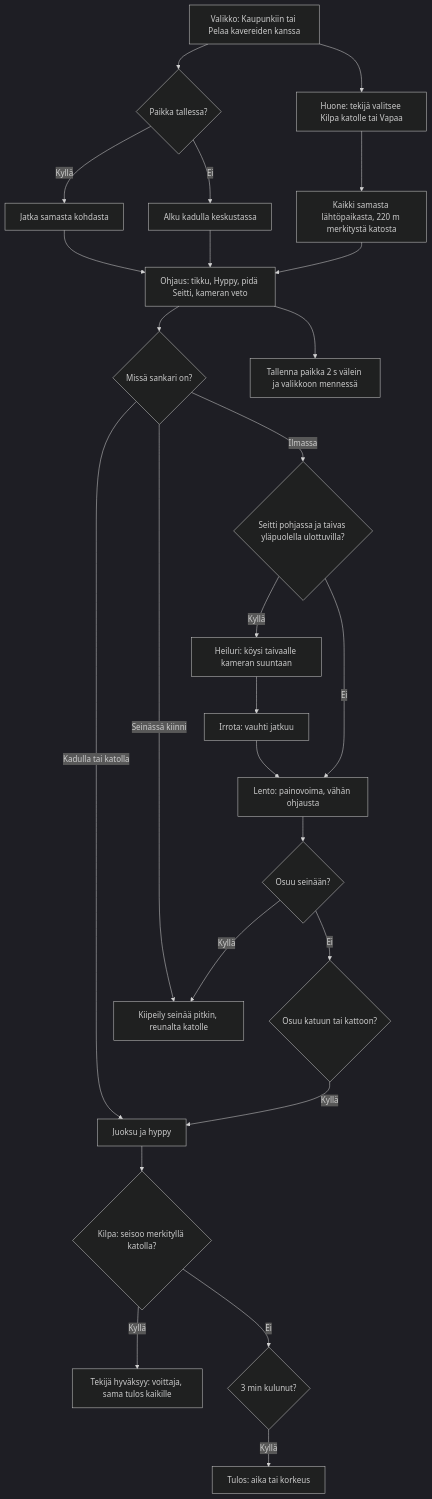
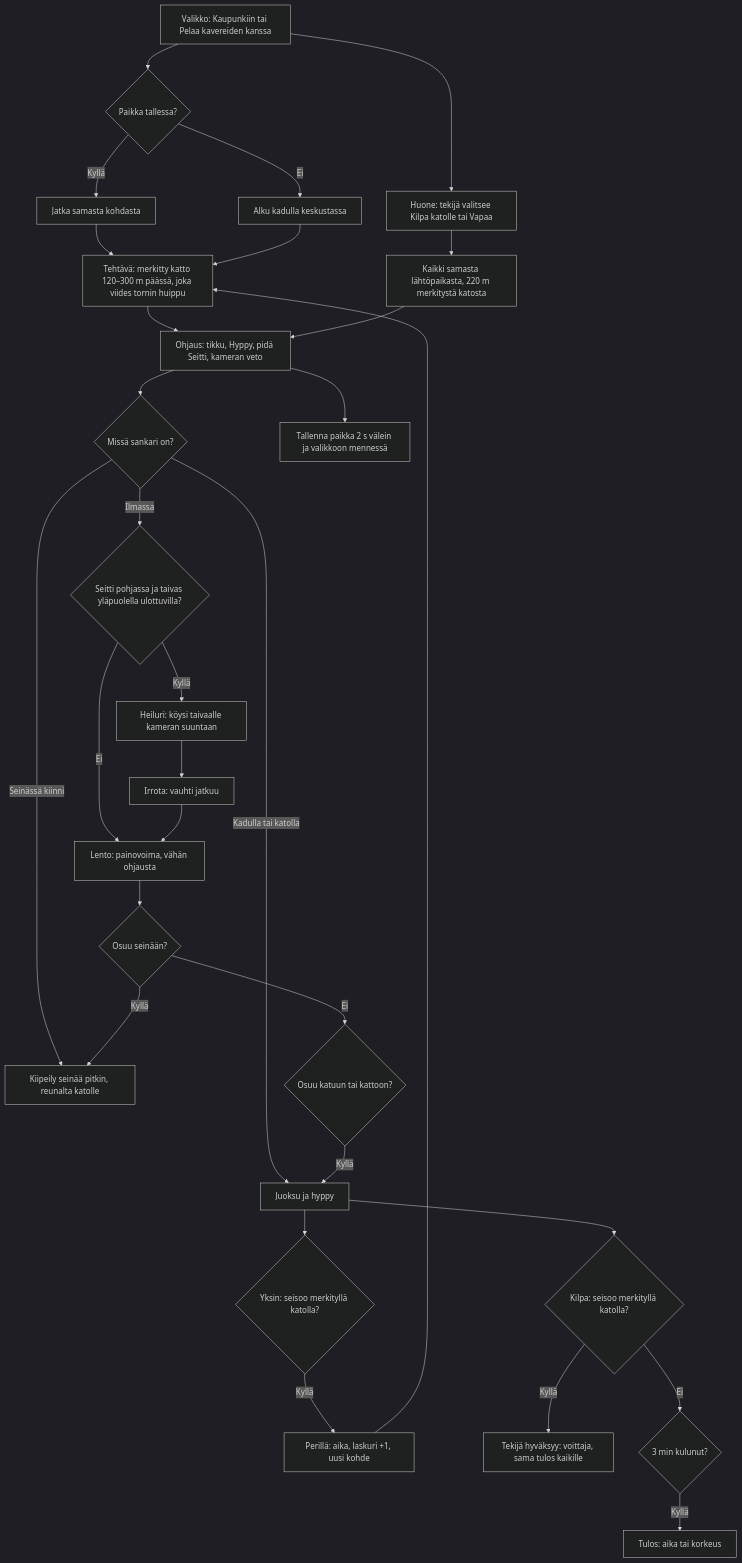
The diagram in docs/diagrams/seittisankari.md (eerovil/ai-pelit), drawn with Mermaid (dark theme) before and after one commit. The commit also changed other lines of this file and 11 other files, not shown here.

````diff
--- a/docs/diagrams/seittisankari.md
+++ b/docs/diagrams/seittisankari.md
@@ -5,33 +5,38 @@
 ```mermaid
 flowchart TD
     A[Valikko: Kaupunkiin tai Pelaa kavereiden kanssa] --> B{Paikka tallessa?}
     B -- Kyllä --> C[Jatka samasta kohdasta]
     B -- Ei --> D[Alku kadulla keskustassa]
-    C --> E
-    D --> E[Ohjaus: tikku, Hyppy, pidä Seitti, kameran veto]
+    C --> Y
+    D --> Y[Tehtävä: merkitty katto 120–300 m päässä, joka viides tornin huippu]
+    Y --> E[Ohjaus: tikku, Hyppy, pidä Seitti, kameran veto]
     E --> F{Missä sankari on?}
     F -- Kadulla tai katolla --> G[Juoksu ja hyppy]
     F -- Seinässä kiinni --> H[Kiipeily seinää pitkin, reunalta katolle]
     F -- Ilmassa --> I{Seitti pohjassa ja taivas yläpuolella ulottuvilla?}
     I -- Kyllä --> J[Heiluri: köysi taivaalle kameran suuntaan]
     I -- Ei --> K[Lento: painovoima, vähän ohjausta]
     J --> L[Irrota: vauhti jatkuu]
     L --> K
     K --> M{Osuu seinään?}
     M -- Kyllä --> H
     M -- Ei --> N{Osuu katuun tai kattoon?}
     N -- Kyllä --> G
     E --> T[Tallenna paikka 2 s välein ja valikkoon mennessä]
     A --> R[Huone: tekijä valitsee Kilpa katolle tai Vapaa]
     R --> S[Kaikki samasta lähtöpaikasta, 220 m merkitystä katosta]
     S --> E
+    G --> Z{Yksin: seisoo merkityllä katolla?}
+    Z -- Kyllä --> ZA[Perillä: aika, laskuri +1, uusi kohde]
+    ZA --> Y
     G --> U{Kilpa: seisoo merkityllä katolla?}
     U -- Kyllä --> V[Tekijä hyväksyy: voittaja, sama tulos kaikille]
     U -- Ei --> W{3 min kulunut?}
     W -- Kyllä --> X[Tulos: aika tai korkeus]
     class A,B,C,D blue
+    class Y,Z,ZA rose
     class E,G,H violet
     class I,J,K,L,M,N teal
     class R,S,U,V,W,X green
     class T amber
 ```
````
